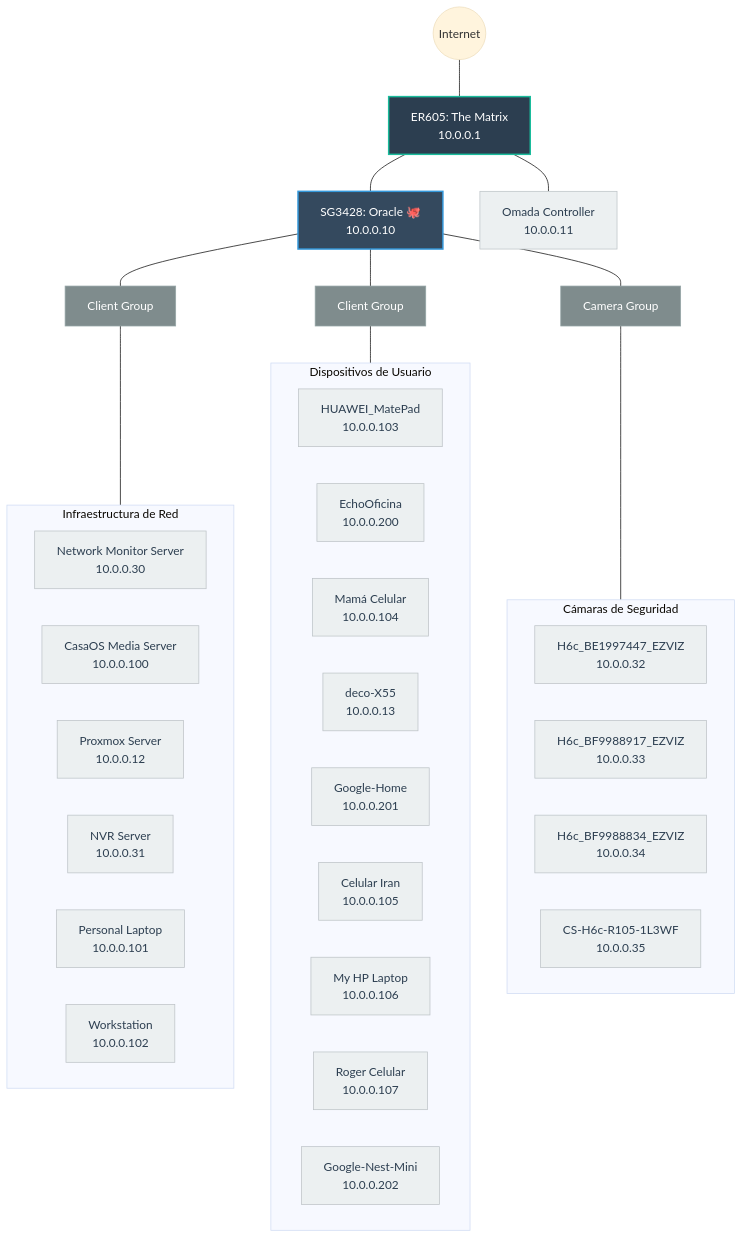
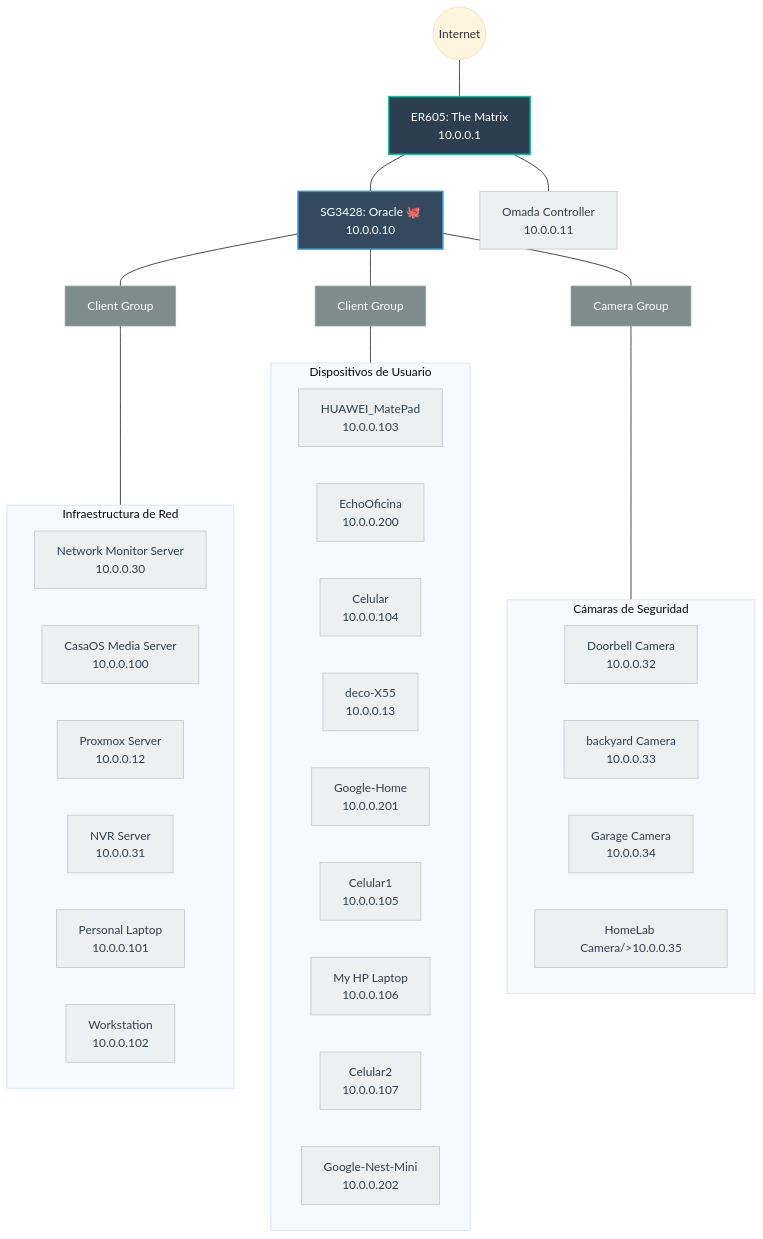
The diagram in diagrams/network-topology.mmd (devlewiso/homelab-architecture), drawn with Mermaid (base theme) before and after one commit.

Commit message:
Subiendo arquitectura v2 topo updated

```diff
--- a/diagrams/network-topology.mmd
+++ b/diagrams/network-topology.mmd
@@ -1,56 +1,56 @@
 %% Archivo: diagrams/network-topology.mmd
 %% Descripción: Topología física de red del homelab
 %% Basado en la infraestructura real con The Matrix (ER605) como router principal
 
 graph TD
     %% Estilos de hardware Omada
     classDef router fill:#2c3e50,stroke:#1abc9c,stroke-width:2px,color:#fff
     classDef switch fill:#34495e,stroke:#3498db,stroke-width:2px,color:#fff
     classDef device fill:#ecf0f1,stroke:#bdc3c7,color:#2c3e50
     classDef group fill:#7f8c8d,stroke:#95a5a6,color:#fff
 
     %% Nivel de Entrada
     WAN1((Internet)) --- TheMatrix["ER605: The Matrix<br/>10.0.0.1"]:::router
 
     %% Distribución Core
     TheMatrix --- Oracle["SG3428: Oracle 🐙<br/>10.0.0.10"]:::switch
     TheMatrix --- Controller["Omada Controller<br/>10.0.0.11"]:::device
 
     %% Grupos de Red
     Oracle --- ClientGroup1[Client Group]:::group
     Oracle --- ClientGroup2[Client Group]:::group
     Oracle --- CameraGroup[Camera Group]:::group
 
     %% Dispositivos - Client Group (Rama 1 - Infraestructura)
     subgraph Clients_A [Infraestructura de Red]
         S1["Network Monitor Server<br/>10.0.0.30"]:::device
         S2["CasaOS Media Server<br/>10.0.0.100"]:::device
         S3["Proxmox Server<br/>10.0.0.12"]:::device
         S4["NVR Server<br/>10.0.0.31"]:::device
         S5["Personal Laptop<br/>10.0.0.101"]:::device
         S6["Workstation<br/>10.0.0.102"]:::device
     end
     ClientGroup1 --- Clients_A
 
     %% Dispositivos - Client Group (Rama WiFi/Personal)
     subgraph Clients_B [Dispositivos de Usuario]
         D1["HUAWEI_MatePad<br/>10.0.0.103"]:::device
         D2["EchoOficina<br/>10.0.0.200"]:::device
-        D3["Mamá Celular<br/>10.0.0.104"]:::device
+        D3["Celular<br/>10.0.0.104"]:::device
         D4["deco-X55<br/>10.0.0.13"]:::device
         D5["Google-Home<br/>10.0.0.201"]:::device
-        D6["Celular Iran<br/>10.0.0.105"]:::device
+        D6["Celular1<br/>10.0.0.105"]:::device
         D7["My HP Laptop<br/>10.0.0.106"]:::device
-        D8["Roger Celular<br/>10.0.0.107"]:::device
+        D8["Celular2<br/>10.0.0.107"]:::device
         D9["Google-Nest-Mini<br/>10.0.0.202"]:::device
     end
     ClientGroup2 --- Clients_B
 
     %% Dispositivos - Camera Group (EZVIZ)
     subgraph Cameras [Cámaras de Seguridad]
-        C1["H6c_BE1997447_EZVIZ<br/>10.0.0.32"]:::device
-        C2["H6c_BF9988917_EZVIZ<br/>10.0.0.33"]:::device
-        C3["H6c_BF9988834_EZVIZ<br/>10.0.0.34"]:::device
-        C4["CS-H6c-R105-1L3WF<br/>10.0.0.35"]:::device
+        C1["Doorbell Camera<br/>10.0.0.32"]:::device
+        C2["backyard Camera<br/>10.0.0.33"]:::device
+        C3["Garage Camera<br/>10.0.0.34"]:::device
+        C4["HomeLab Camera/>10.0.0.35"]:::device
     end
     CameraGroup --- Cameras
```
